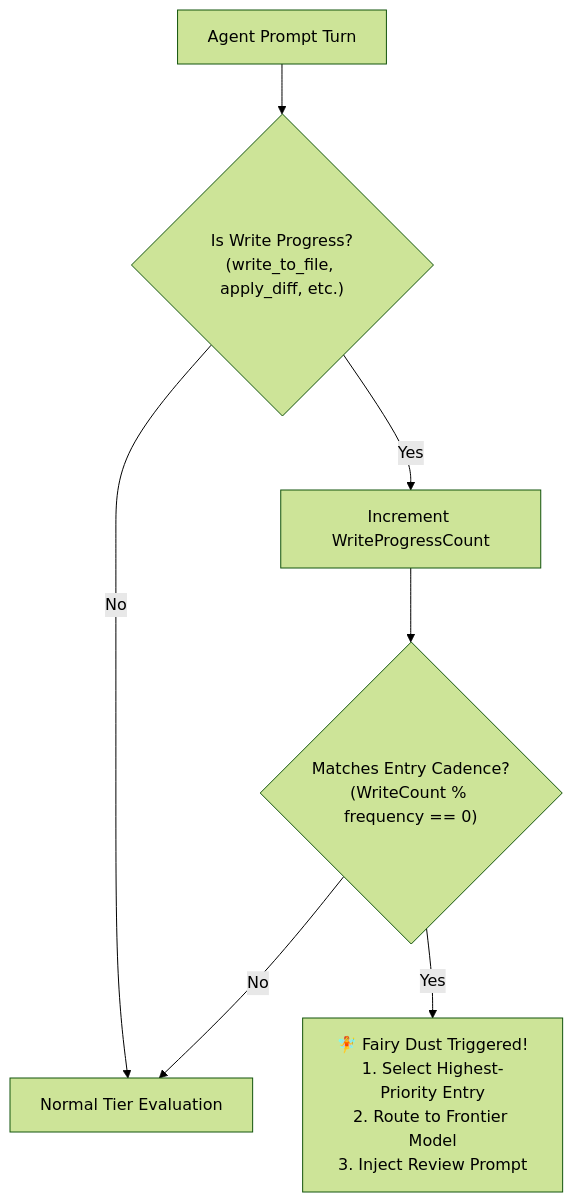
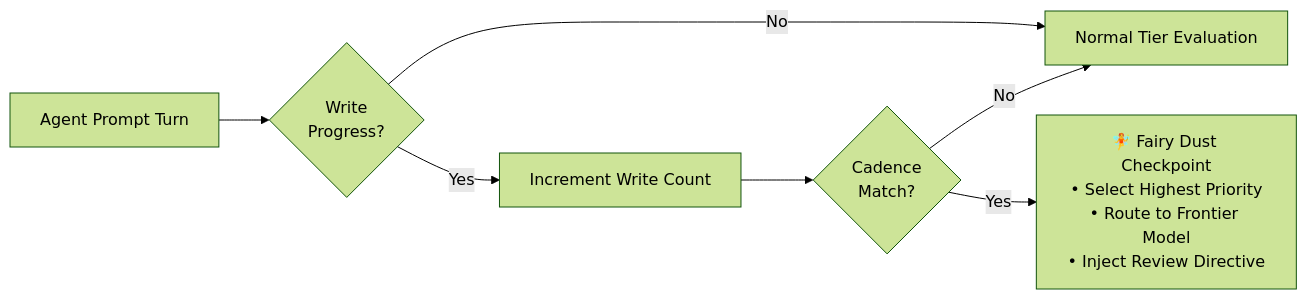
One commit to dixieflatline76/nacho-flow changed the second of 3 diagrams in site/docs/USER_GUIDE.md. Above: the diagram before and after it, drawn with Mermaid (forest theme). The commit also changed 3 other files, not shown here.

Commit message:
fix(docs): resize huge Mermaid diagrams and compact Fairy Dusting flowchart

````diff
--- a/site/docs/USER_GUIDE.md
+++ b/site/docs/USER_GUIDE.md
@@ -581,9 +581,9 @@
 ```mermaid
-flowchart TD
-    Turn["Agent Prompt Turn"] --> CheckWrite{"Is Write Progress?<br/>(write_to_file, apply_diff, etc.)"}
+flowchart LR
+    Turn["Agent Prompt Turn"] --> CheckWrite{"Write<br/>Progress?"}
     CheckWrite -- No --> NormalRoute["Normal Tier Evaluation"]
-    CheckWrite -- Yes --> IncCount["Increment WriteProgressCount"]
-    IncCount --> CheckCadence{"Matches Entry Cadence?<br/>(WriteCount % frequency == 0)"}
+    CheckWrite -- Yes --> IncCount["Increment Write Count"]
+    IncCount --> CheckCadence{"Cadence<br/>Match?"}
     CheckCadence -- No --> NormalRoute
-    CheckCadence -- Yes --> FairyHijack["🧚 Fairy Dust Triggered!<br/>1. Select Highest-Priority Entry<br/>2. Route to Frontier Model<br/>3. Inject Review Prompt"]
+    CheckCadence -- Yes --> FairyHijack["🧚 Fairy Dust Checkpoint<br/>• Select Highest Priority<br/>• Route to Frontier Model<br/>• Inject Review Directive"]
 ```
````
